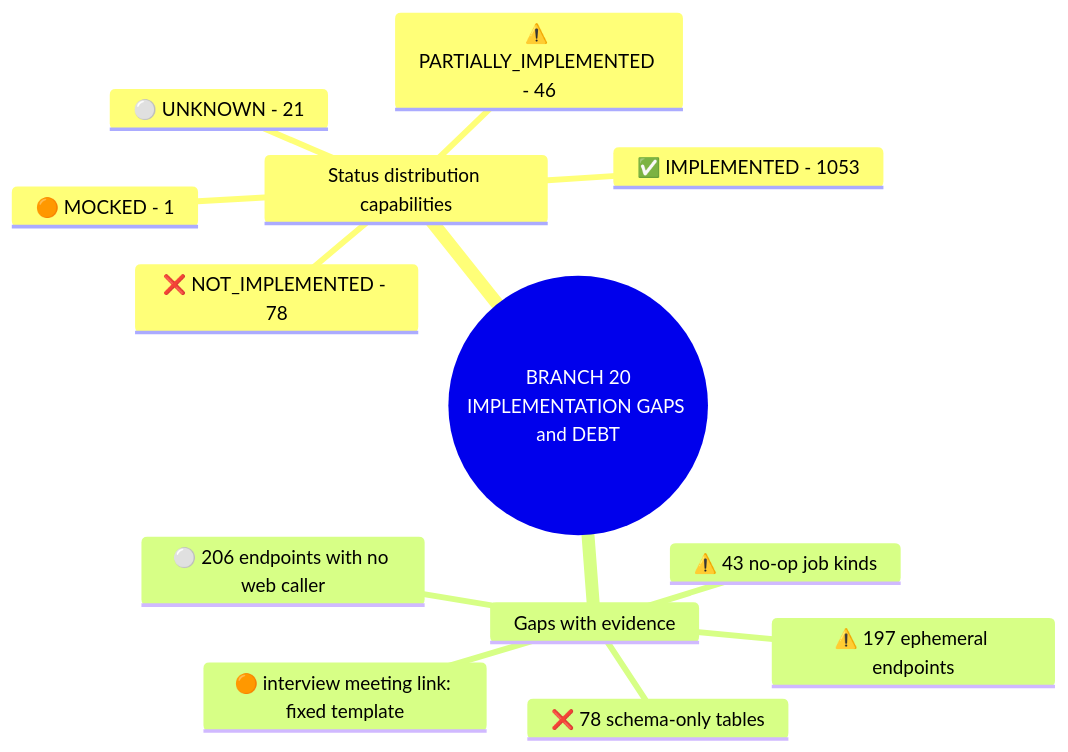
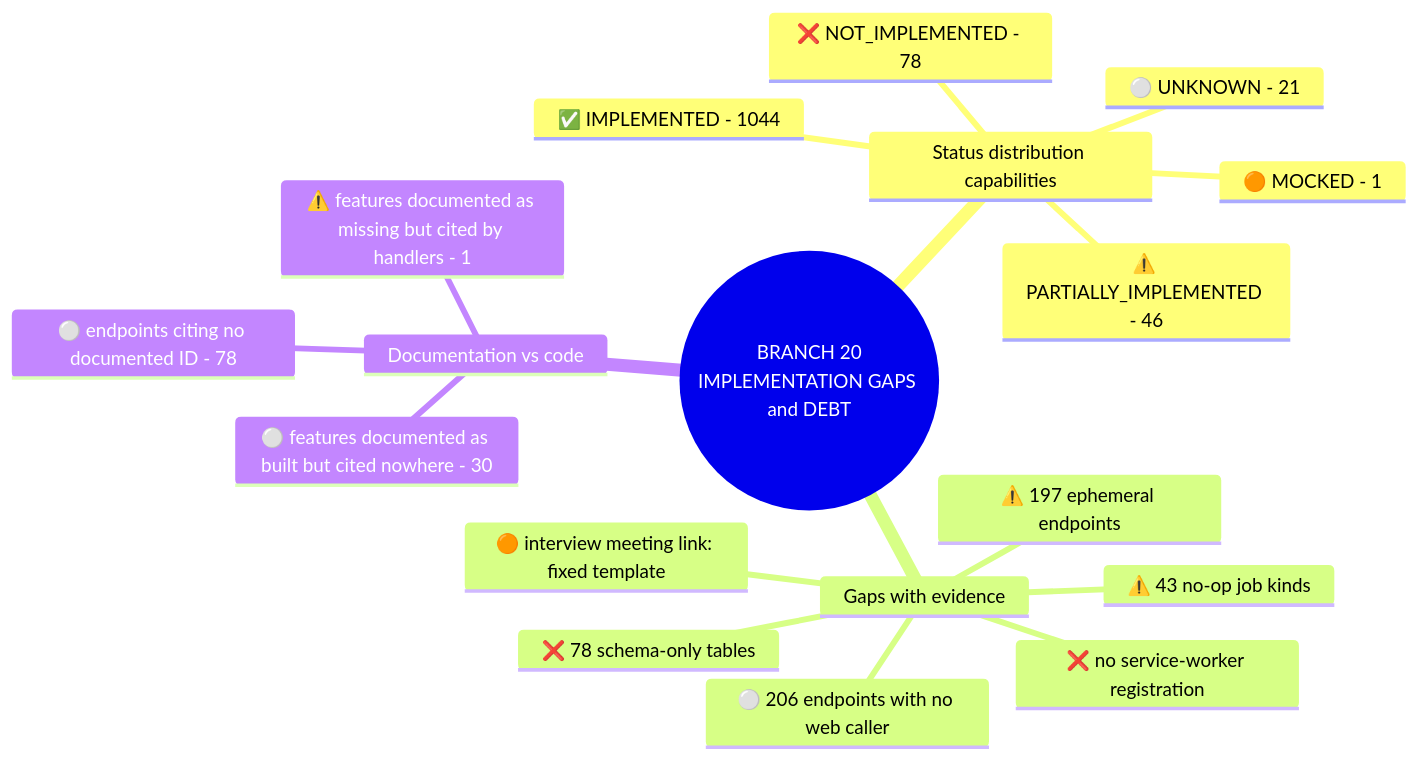
Diagram 22 of 22 in project-mindmap/master/MASTER_PROJECT_DIAGRAMS.md (yhsomani/talentsphere-complete), drawn with Mermaid before and after one commit. The commit also changed other lines of this file and 29 other files, not shown here.

First line of the commit message:
docs: execution-backed project mind map, stable IDs and docs-vs-code reconciliation

````diff
--- a/project-mindmap/master/MASTER_PROJECT_DIAGRAMS.md
+++ b/project-mindmap/master/MASTER_PROJECT_DIAGRAMS.md
@@ -575,16 +598,21 @@
 ```mermaid
 mindmap
   root(("BRANCH 20<br/>IMPLEMENTATION GAPS and DEBT"))
     Status distribution capabilities
-      ✅ IMPLEMENTED - 1053
+      ✅ IMPLEMENTED - 1044
       ❌ NOT_IMPLEMENTED - 78
       ⚠️ PARTIALLY_IMPLEMENTED - 46
       ⚪ UNKNOWN - 21
       🟠 MOCKED - 1
     Gaps with evidence
       ⚠️ 197 ephemeral endpoints
       ❌ 78 schema-only tables
       ⚪ 206 endpoints with no web caller
       ⚠️ 43 no-op job kinds
       🟠 interview meeting link: fixed template
+      ❌ no service-worker registration
+    Documentation vs code
+      ⚪ features documented as built but cited nowhere - 30
+      ⚠️ features documented as missing but cited by handlers - 1
+      ⚪ endpoints citing no documented ID - 78
 ```
````
